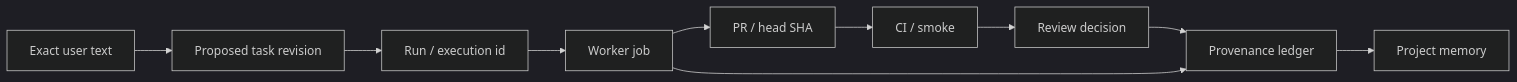
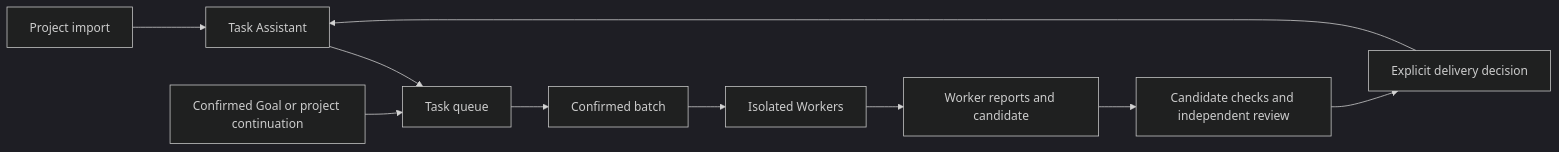
One commit to LukeJiaoR/GoodTeam changed the diagram in docs/architecture.md. Above: the diagram before and after it, drawn with Mermaid (dark theme). The commit also changed other lines of this file and 236 other files, not shown here.

````diff
--- a/docs/architecture.md
+++ b/docs/architecture.md
@@ -232,22 +8,12 @@
 ```mermaid
 flowchart LR
-    UserText[Exact user text]
-    Proposal[Proposed task revision]
-    Run[Run / execution id]
-    Job[Worker job]
-    PR[PR / head SHA]
-    CI[CI / smoke]
-    Review[Review decision]
-    Provenance[Provenance ledger]
-    Memory[Project memory]
-
-    UserText --> Proposal
-    Proposal --> Run
-    Run --> Job
-    Job --> PR
-    PR --> CI
-    CI --> Review
-    Review --> Provenance
-    Job --> Provenance
-    Provenance --> Memory
+    P[Project import] --> C[Task Assistant]
+    C --> Q[Task queue]
+    G[Confirmed Goal or project continuation] --> Q
+    Q --> B[Confirmed batch]
+    B --> W[Isolated Workers]
+    W --> V[Worker reports and candidate]
+    V --> R[Candidate checks and independent review]
+    R --> H[Explicit delivery decision]
+    H --> C
 ```
````
